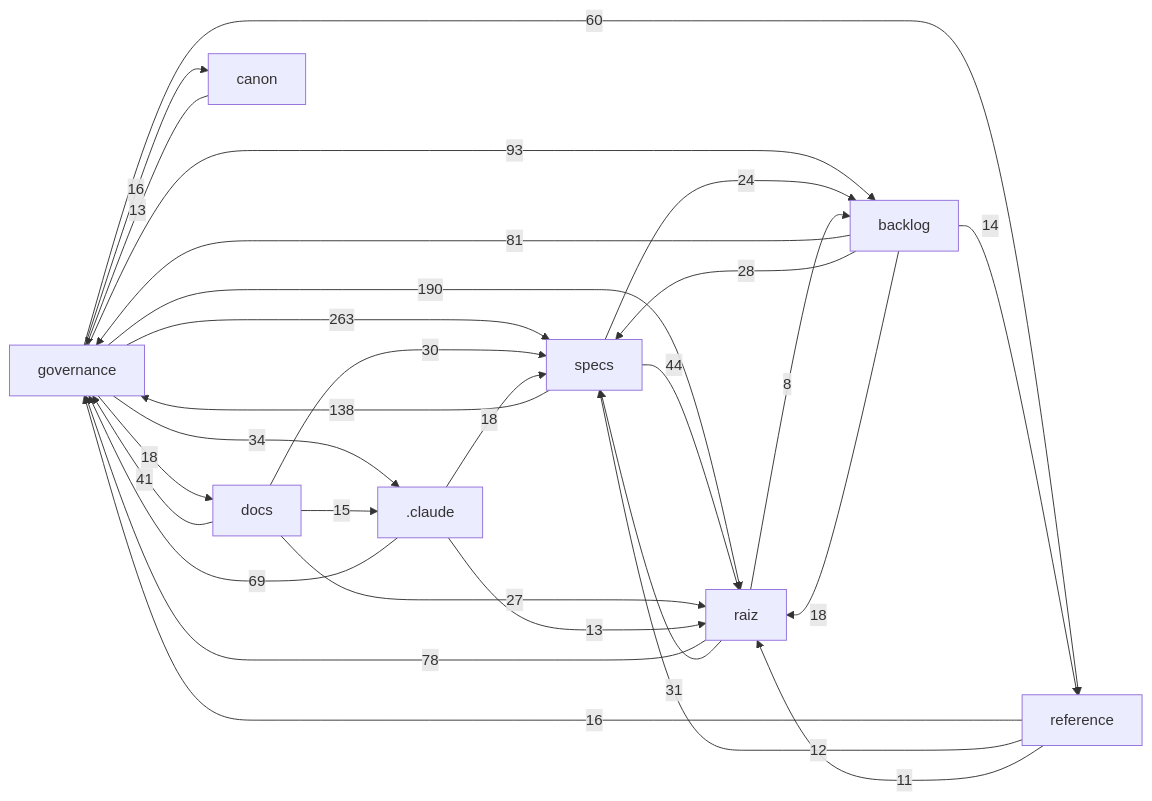
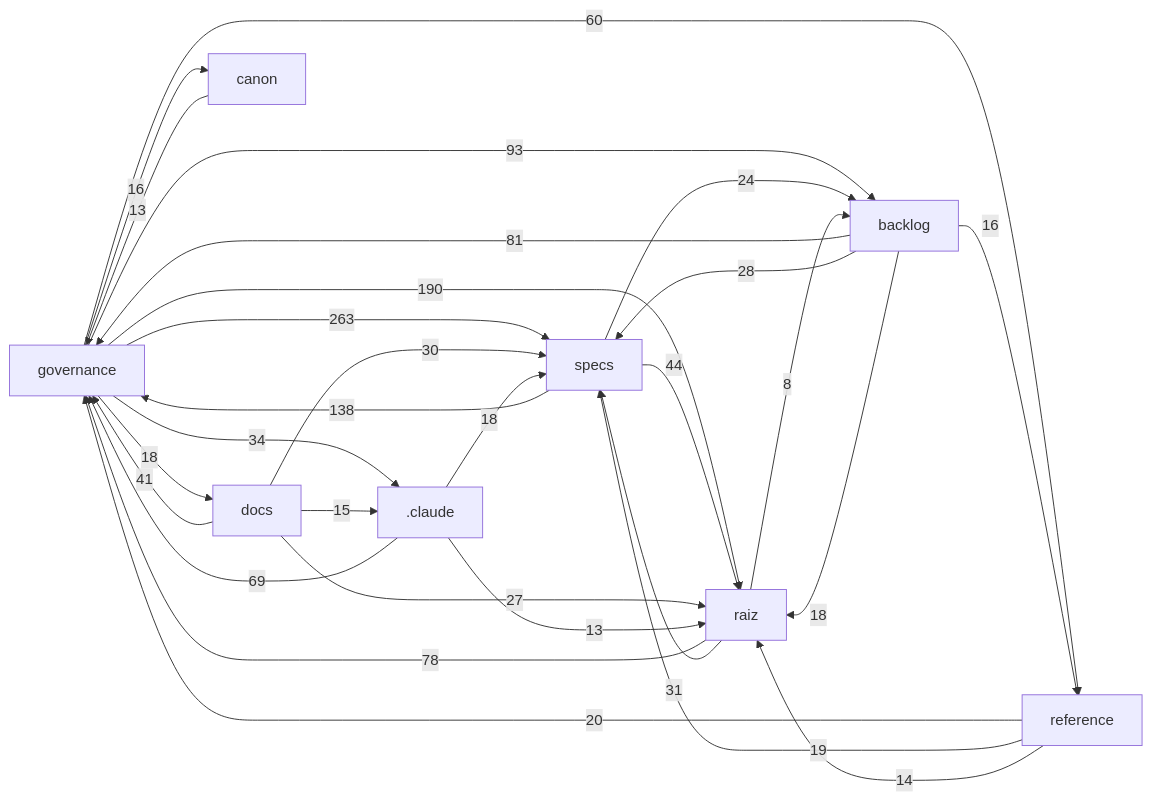
The diagram in docs/mapa/MAPA-PROJETO.md (Andraus35/Sistema-Operacional-de-Trading--SOT), drawn with Mermaid before and after one commit. The commit also changed other lines of this file and 12 other files, not shown here.

````diff
--- a/docs/mapa/MAPA-PROJETO.md
+++ b/docs/mapa/MAPA-PROJETO.md
@@ -30,31 +30,31 @@
 ```mermaid
 flowchart LR
   governance["governance"] -->|263| specs["specs"]
   governance["governance"] -->|190| raiz["raiz"]
   specs["specs"] -->|138| governance["governance"]
   governance["governance"] -->|93| backlog["backlog"]
   backlog["backlog"] -->|81| governance["governance"]
   raiz["raiz"] -->|78| governance["governance"]
   _claude[".claude"] -->|69| governance["governance"]
   governance["governance"] -->|60| reference["reference"]
   specs["specs"] -->|44| raiz["raiz"]
   docs["docs"] -->|41| governance["governance"]
   governance["governance"] -->|34| _claude[".claude"]
   raiz["raiz"] -->|31| specs["specs"]
   docs["docs"] -->|30| specs["specs"]
   backlog["backlog"] -->|28| specs["specs"]
   docs["docs"] -->|27| raiz["raiz"]
   specs["specs"] -->|24| backlog["backlog"]
+  reference["reference"] -->|20| governance["governance"]
+  reference["reference"] -->|19| specs["specs"]
   _claude[".claude"] -->|18| specs["specs"]
   backlog["backlog"] -->|18| raiz["raiz"]
   governance["governance"] -->|18| docs["docs"]
+  backlog["backlog"] -->|16| reference["reference"]
   governance["governance"] -->|16| canon["canon"]
-  reference["reference"] -->|16| governance["governance"]
   docs["docs"] -->|15| _claude[".claude"]
-  backlog["backlog"] -->|14| reference["reference"]
+  reference["reference"] -->|14| raiz["raiz"]
   _claude[".claude"] -->|13| raiz["raiz"]
   canon["canon"] -->|13| governance["governance"]
-  reference["reference"] -->|12| specs["specs"]
-  reference["reference"] -->|11| raiz["raiz"]
   raiz["raiz"] -->|8| backlog["backlog"]
 ```
````
